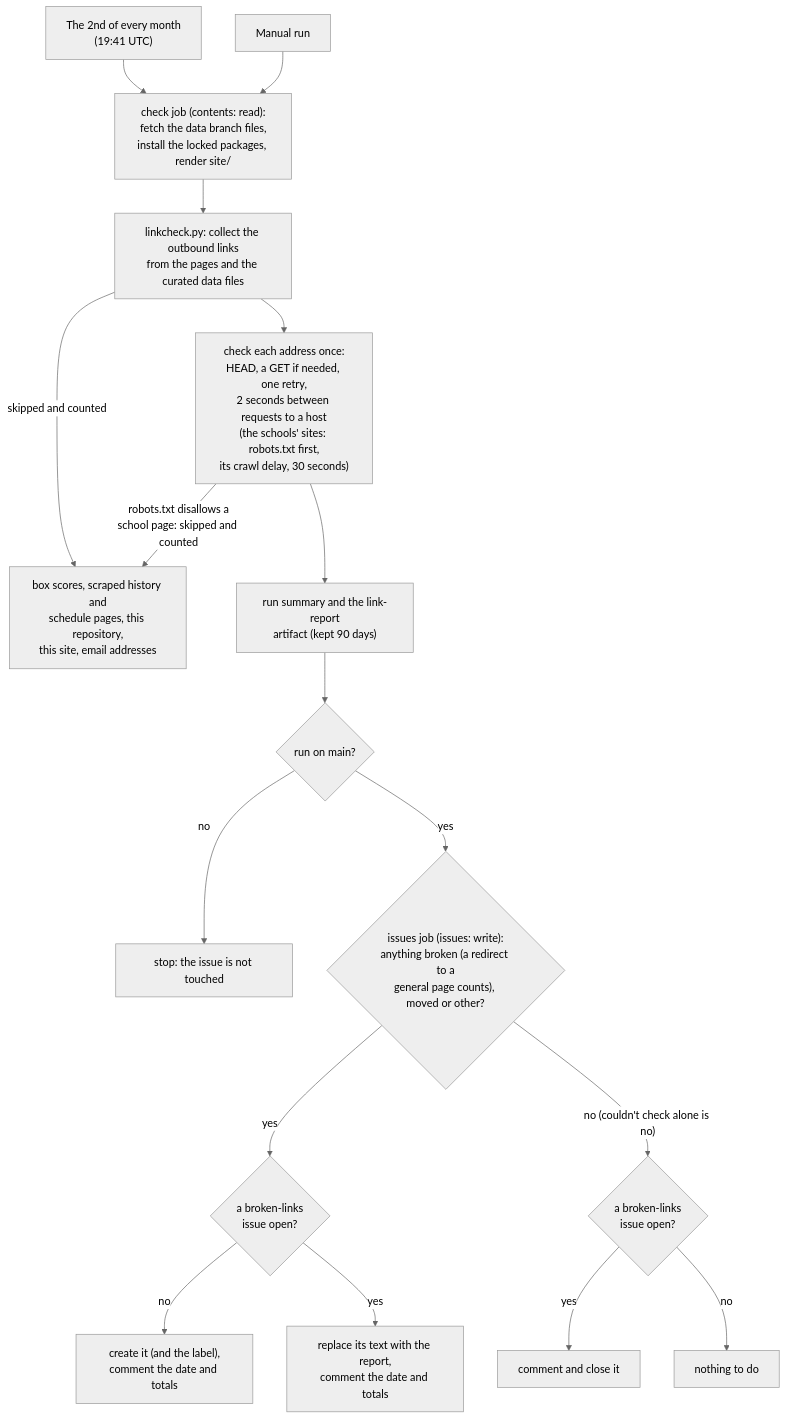
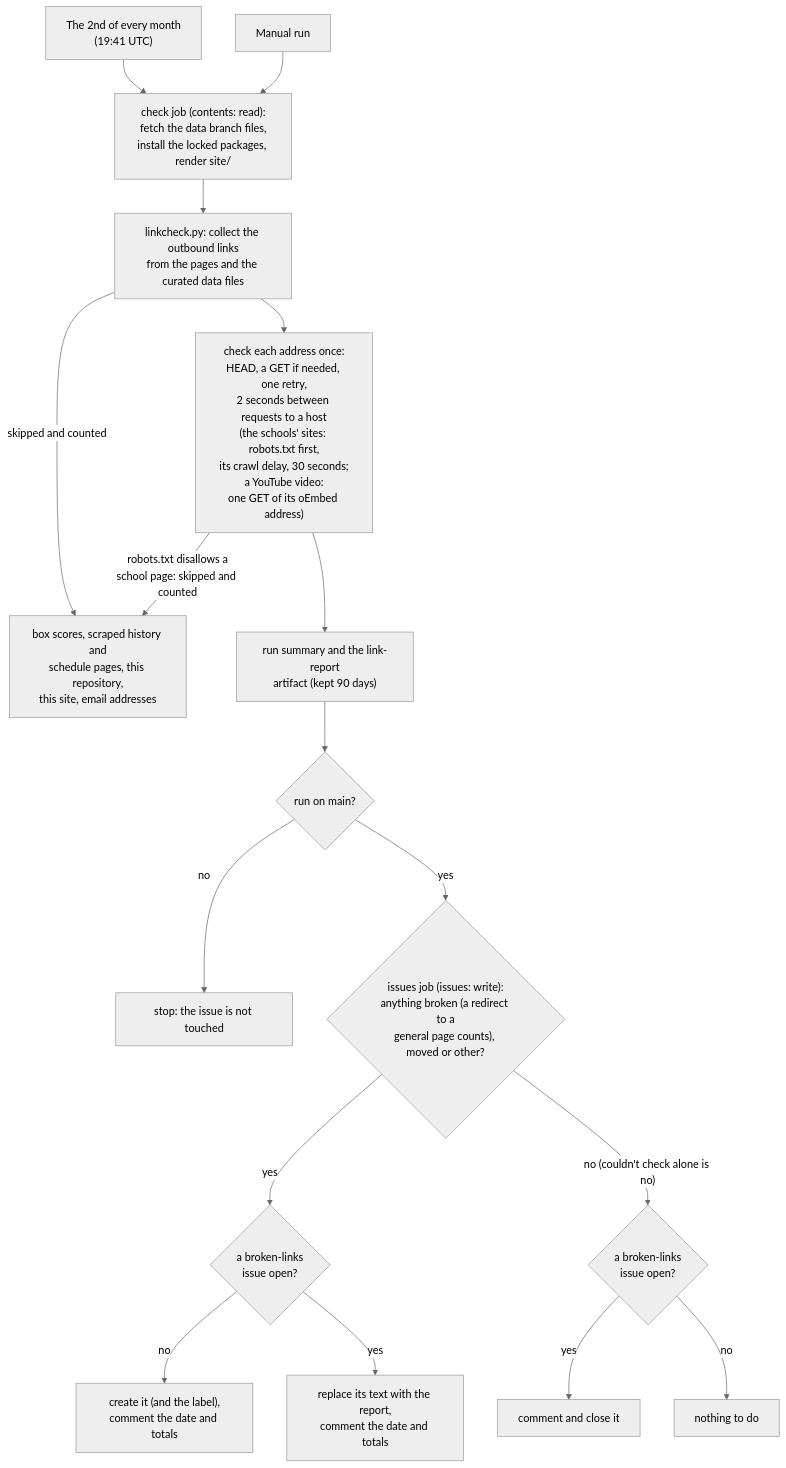
Before and after one commit to jacksonmote/DePauw-vs-Wabash-web: the fifth of 6 diagrams in README.md, drawn with Mermaid (neutral theme). The commit also changed other lines of this file and 3 other files, not shown here.

````diff
--- a/README.md
+++ b/README.md
@@ -552,19 +553,19 @@
 ```mermaid
 flowchart TD
   T1["The 2nd of every month<br/>(19:41 UTC)"] --> C
   T2["Manual run"] --> C
   C["check job (contents: read):<br/>fetch the data branch files,<br/>install the locked packages, render site/"] --> L["linkcheck.py: collect the outbound links<br/>from the pages and the curated data files"]
   L -- "skipped and counted" --> SK["box scores, scraped history and<br/>schedule pages, this repository,<br/>this site, email addresses"]
-  L --> H["check each address once:<br/>HEAD, a GET if needed, one retry,<br/>2 seconds between requests to a host<br/>(the schools' sites: robots.txt first,<br/>its crawl delay, 30 seconds)"]
+  L --> H["check each address once:<br/>HEAD, a GET if needed, one retry,<br/>2 seconds between requests to a host<br/>(the schools' sites: robots.txt first,<br/>its crawl delay, 30 seconds;<br/>a YouTube video:<br/>one GET of its oEmbed address)"]
   H -- "robots.txt disallows a<br/>school page: skipped and counted" --> SK
   H --> R["run summary and the link-report<br/>artifact (kept 90 days)"]
   R --> M{"run on main?"}
   M -- "no" --> X["stop: the issue is not touched"]
   M -- "yes" --> Q{"issues job (issues: write):<br/>anything broken (a redirect to a<br/>general page counts), moved or other?"}
   Q -- "yes" --> O{"a broken-links<br/>issue open?"}
   O -- "no" --> NEW["create it (and the label),<br/>comment the date and totals"]
   O -- "yes" --> UPD["replace its text with the report,<br/>comment the date and totals"]
   Q -- "no (couldn't check alone is no)" --> CL{"a broken-links<br/>issue open?"}
   CL -- "yes" --> CLOSE["comment and close it"]
   CL -- "no" --> NOP["nothing to do"]
 ```
````
